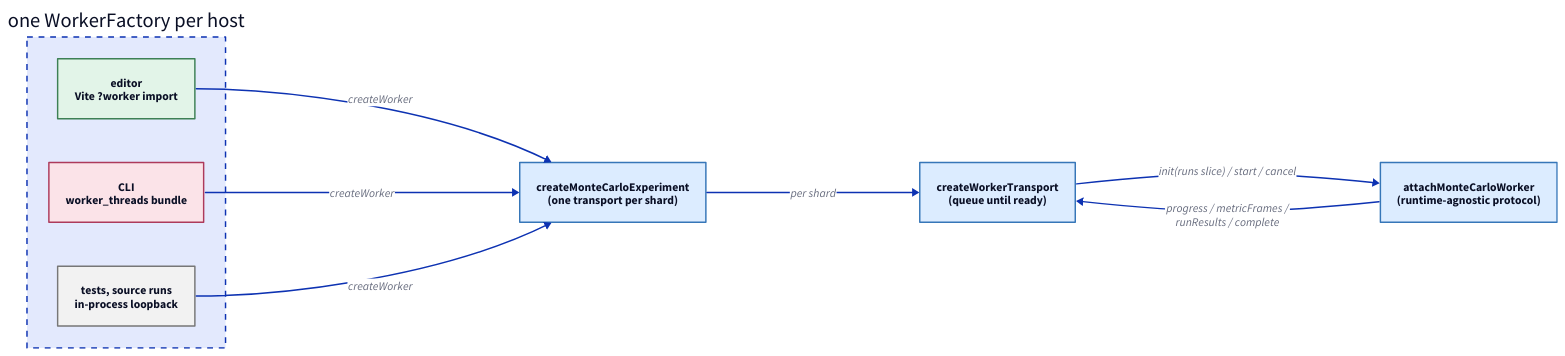
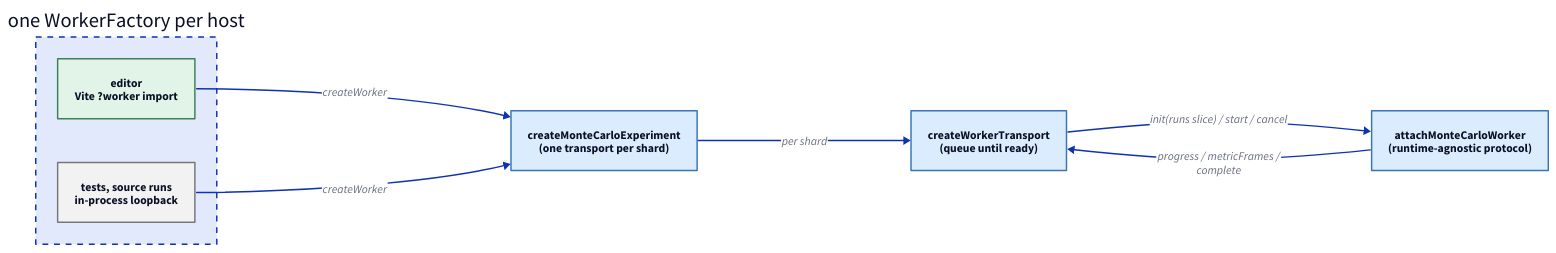
The diagram in libs/@local/petrinaut-arch-docs/content/diagrams/worker-factory.d2 (hashintel/hash), drawn with D2 before and after one commit. The commit also changed 266 other files, not shown here.

```diff
--- a/libs/@local/petrinaut-arch-docs/content/diagrams/worker-factory.d2
+++ b/libs/@local/petrinaut-arch-docs/content/diagrams/worker-factory.d2
@@ -1,20 +1,18 @@
 # Hand-written; rendered by the arch-docs build. Palette matches src/emit/d2.ts.
 direction: right
 
 hosts: "one WorkerFactory per host" {
   style.stroke-dash: 4
   editor: "editor\nVite ?worker import" {style.fill: "#e2f4e8"; style.stroke: "#3d8055"}
-  cli: "CLI\nworker_threads bundle" {style.fill: "#fbe3e8"; style.stroke: "#ad3a5b"}
   inprocess: "tests, source runs\nin-process loopback" {style.fill: "#f2f2f2"; style.stroke: "#777777"}
 }
 
 experiment: "createMonteCarloExperiment\n(one transport per shard)" {style.fill: "#dcecff"; style.stroke: "#3676b8"}
 transport: "createWorkerTransport\n(queue until ready)" {style.fill: "#dcecff"; style.stroke: "#3676b8"}
 attach: "attachMonteCarloWorker\n(runtime-agnostic protocol)" {style.fill: "#dcecff"; style.stroke: "#3676b8"}
 
 hosts.editor -> experiment: createWorker
-hosts.cli -> experiment: createWorker
 hosts.inprocess -> experiment: createWorker
 experiment -> transport: per shard
 transport -> attach: "init(runs slice) / start / cancel"
-attach -> transport: "progress / metricFrames /\nrunResults / complete"
+attach -> transport: "progress / metricFrames /\ncomplete"
```
